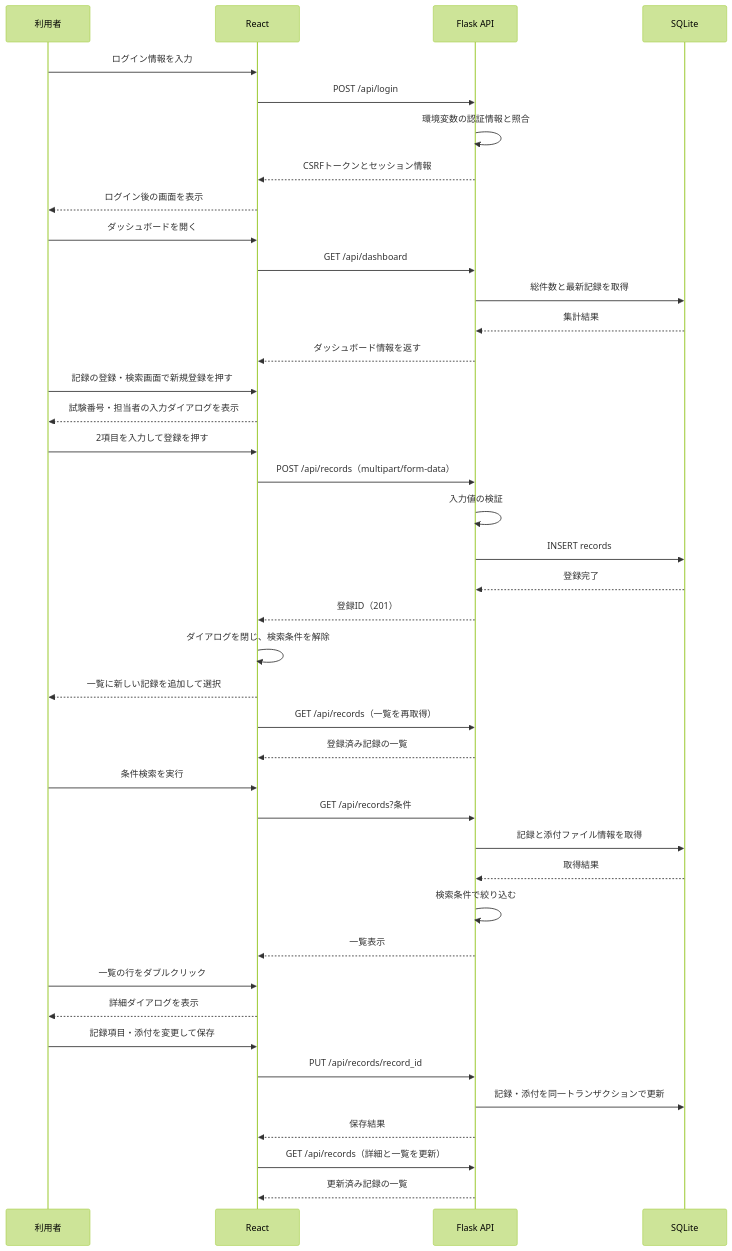
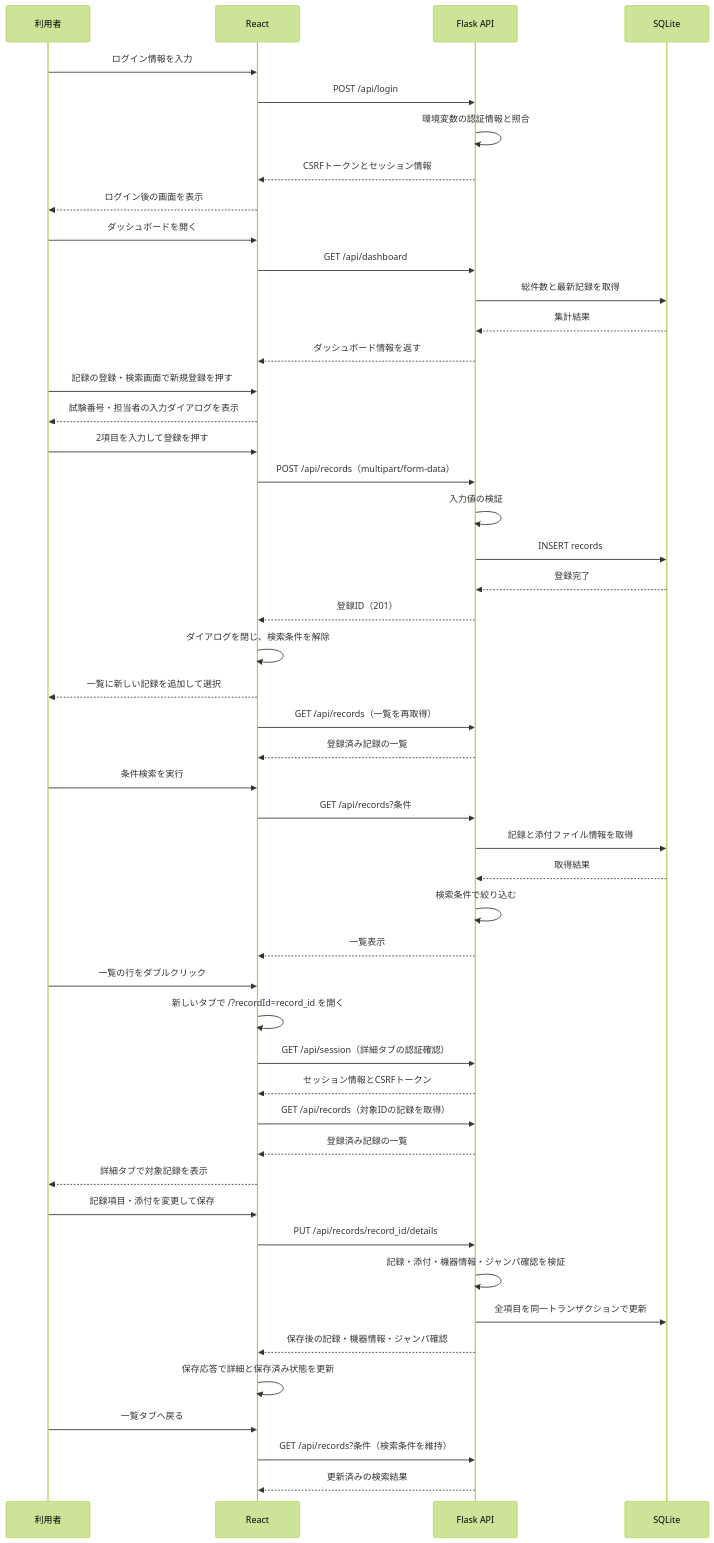
Before and after one commit to osamu3yamazaki0801-collab/TestRecordSystem: the second of 3 diagrams in docs/設計書.md, drawn with Mermaid (forest theme). The commit also changed other lines of this file and 5 other files, not shown here.

````diff
--- a/docs/設計書.md
+++ b/docs/設計書.md
@@ -166,48 +166,56 @@
 ```mermaid
 sequenceDiagram
     participant User as 利用者
     participant React as React
     participant Flask as Flask API
     participant SQLite as SQLite
 
     User->>React: ログイン情報を入力
     React->>Flask: POST /api/login
     Flask->>Flask: 環境変数の認証情報と照合
     Flask-->>React: CSRFトークンとセッション情報
     React-->>User: ログイン後の画面を表示
 
     User->>React: ダッシュボードを開く
     React->>Flask: GET /api/dashboard
     Flask->>SQLite: 総件数と最新記録を取得
     SQLite-->>Flask: 集計結果
     Flask-->>React: ダッシュボード情報を返す
 
     User->>React: 記録の登録・検索画面で新規登録を押す
     React-->>User: 試験番号・担当者の入力ダイアログを表示
     User->>React: 2項目を入力して登録を押す
     React->>Flask: POST /api/records（multipart/form-data）
     Flask->>Flask: 入力値の検証
     Flask->>SQLite: INSERT records
     SQLite-->>Flask: 登録完了
     Flask-->>React: 登録ID（201）
     React->>React: ダイアログを閉じ、検索条件を解除
     React-->>User: 一覧に新しい記録を追加して選択
     React->>Flask: GET /api/records（一覧を再取得）
     Flask-->>React: 登録済み記録の一覧
 
     User->>React: 条件検索を実行
     React->>Flask: GET /api/records?条件
     Flask->>SQLite: 記録と添付ファイル情報を取得
     SQLite-->>Flask: 取得結果
     Flask->>Flask: 検索条件で絞り込む
     Flask-->>React: 一覧表示
 
     User->>React: 一覧の行をダブルクリック
-    React-->>User: 詳細ダイアログを表示
+    React->>React: 新しいタブで /?recordId=record_id を開く
+    React->>Flask: GET /api/session（詳細タブの認証確認）
+    Flask-->>React: セッション情報とCSRFトークン
+    React->>Flask: GET /api/records（対象IDの記録を取得）
+    Flask-->>React: 登録済み記録の一覧
+    React-->>User: 詳細タブで対象記録を表示
     User->>React: 記録項目・添付を変更して保存
-    React->>Flask: PUT /api/records/record_id
-    Flask->>SQLite: 記録・添付を同一トランザクションで更新
-    Flask-->>React: 保存結果
-    React->>Flask: GET /api/records（詳細と一覧を更新）
-    Flask-->>React: 更新済み記録の一覧
+    React->>Flask: PUT /api/records/record_id/details
+    Flask->>Flask: 記録・添付・機器情報・ジャンパ確認を検証
+    Flask->>SQLite: 全項目を同一トランザクションで更新
+    Flask-->>React: 保存後の記録・機器情報・ジャンパ確認
+    React->>React: 保存応答で詳細と保存済み状態を更新
+    User->>React: 一覧タブへ戻る
+    React->>Flask: GET /api/records?条件（検索条件を維持）
+    Flask-->>React: 更新済みの検索結果
 ```
````
